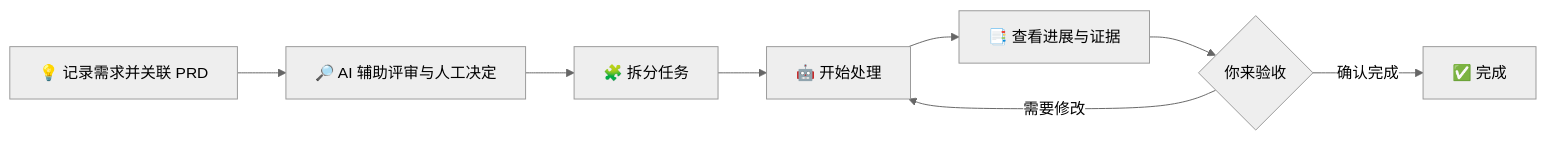
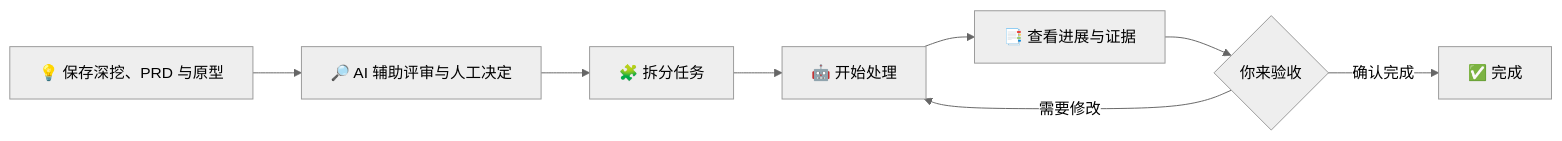
Before and after one commit to Vincent-chk/dsh-project-workbench: the diagram in README.md, drawn with Mermaid (neutral theme). The commit also changed other lines of this file and 49 other files, not shown here.

````diff
--- a/README.md
+++ b/README.md
@@ -82,10 +86,10 @@
 ```mermaid
 flowchart LR
-    A[💡 记录需求并关联 PRD] --> B[🔎 AI 辅助评审与人工决定]
+    A[💡 保存深挖、PRD 与原型] --> B[🔎 AI 辅助评审与人工决定]
     B --> C[🧩 拆分任务]
     C --> D[🤖 开始处理]
     D --> E[📑 查看进展与证据]
     E --> F{你来验收}
     F -->|需要修改| D
     F -->|确认完成| G[✅ 完成]
 ```
````
